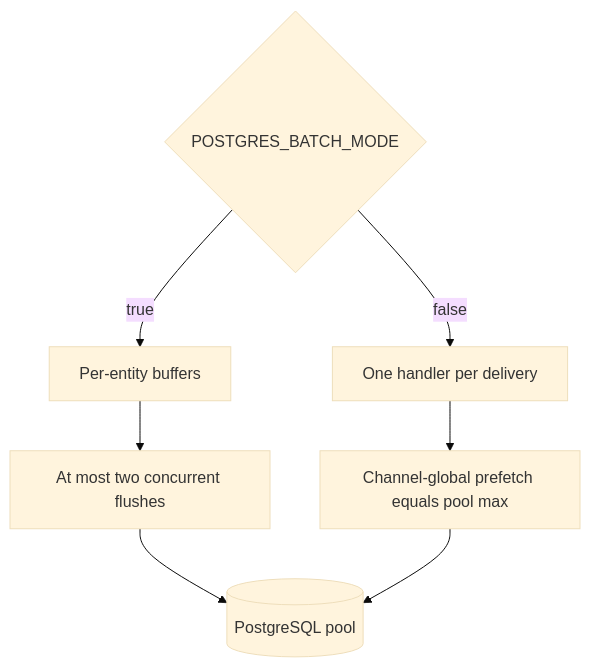
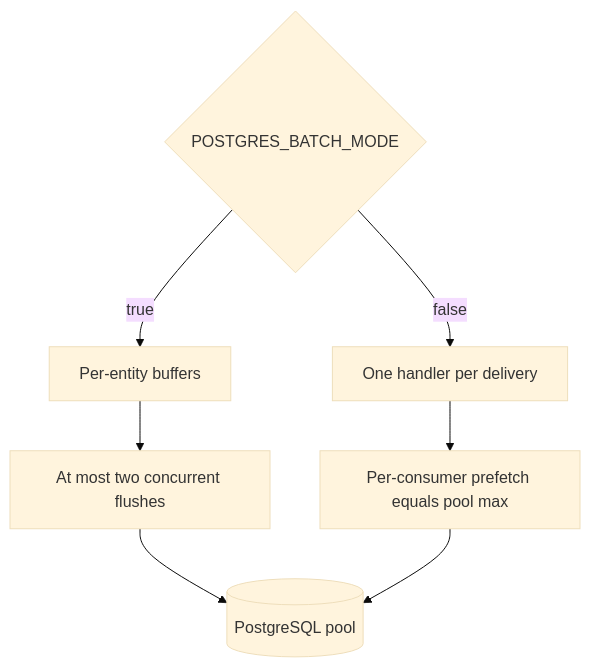
One commit to groovemap-music/discogs-sql-loader changed the diagram in docs/postgres-pool-exhaustion-analysis.md. Above: the diagram before and after it, drawn with Mermaid (base theme). The commit also changed other lines of this file and 3 other files, not shown here.

````diff
--- a/docs/postgres-pool-exhaustion-analysis.md
+++ b/docs/postgres-pool-exhaustion-analysis.md
@@ -23,10 +23,10 @@
 ```mermaid
 flowchart TD
     mode{POSTGRES_BATCH_MODE}
     mode -->|true| buffered[Per-entity buffers]
     buffered --> bounded[At most two concurrent flushes]
     mode -->|false| direct[One handler per delivery]
-    direct --> qos[Channel-global prefetch equals pool max]
+    direct --> qos[Per-consumer prefetch equals pool max]
     bounded --> pool[(PostgreSQL pool)]
     qos --> pool
 ```
````
